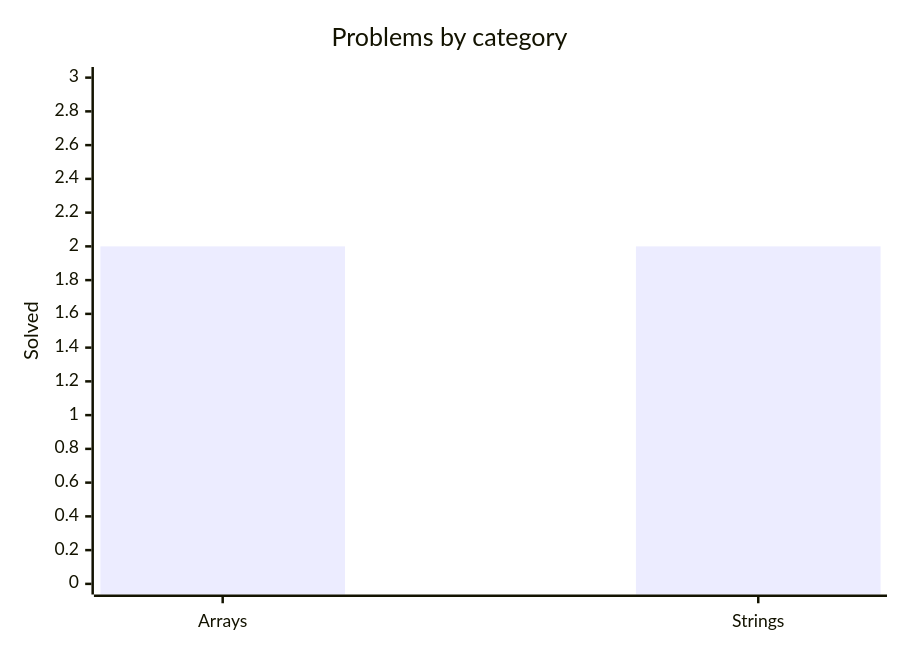
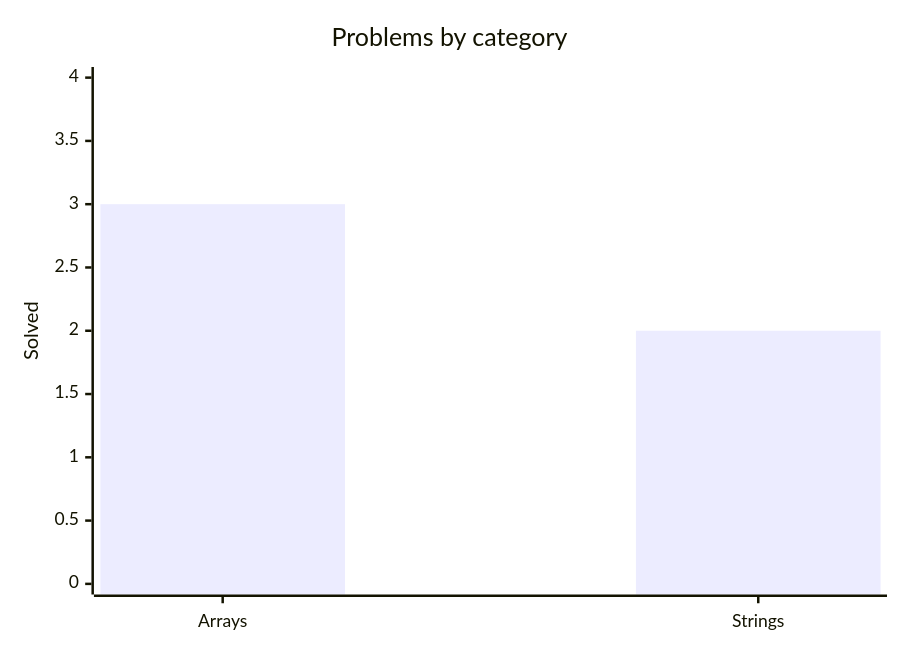
One commit to mauli-waghmore/data-structures-algorithms-kotlin changed the diagram in README.md. Above: the diagram before and after it, drawn with Mermaid. The commit also changed other lines of this file and 1 other file, not shown here.

````diff
--- a/README.md
+++ b/README.md
@@ -35,8 +35,8 @@
 ```mermaid
 %%{init: {"xyChart": {"plotColorPalette": "#7F52FF"}}}%%
 xychart-beta
     title "Problems by category"
     x-axis ["Arrays", "Strings"]
-    y-axis "Solved" 0 --> 3
-    bar [2, 2]
+    y-axis "Solved" 0 --> 4
+    bar [3, 2]
 ```
````
